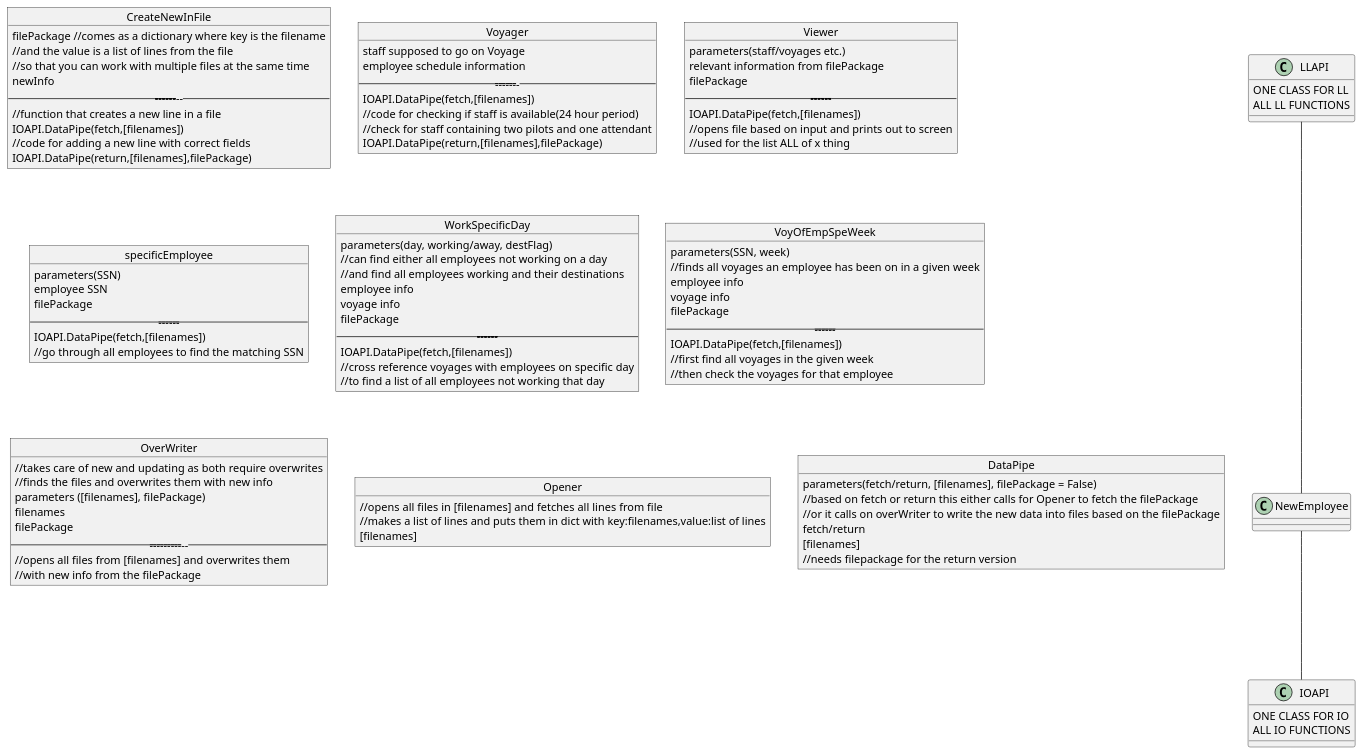
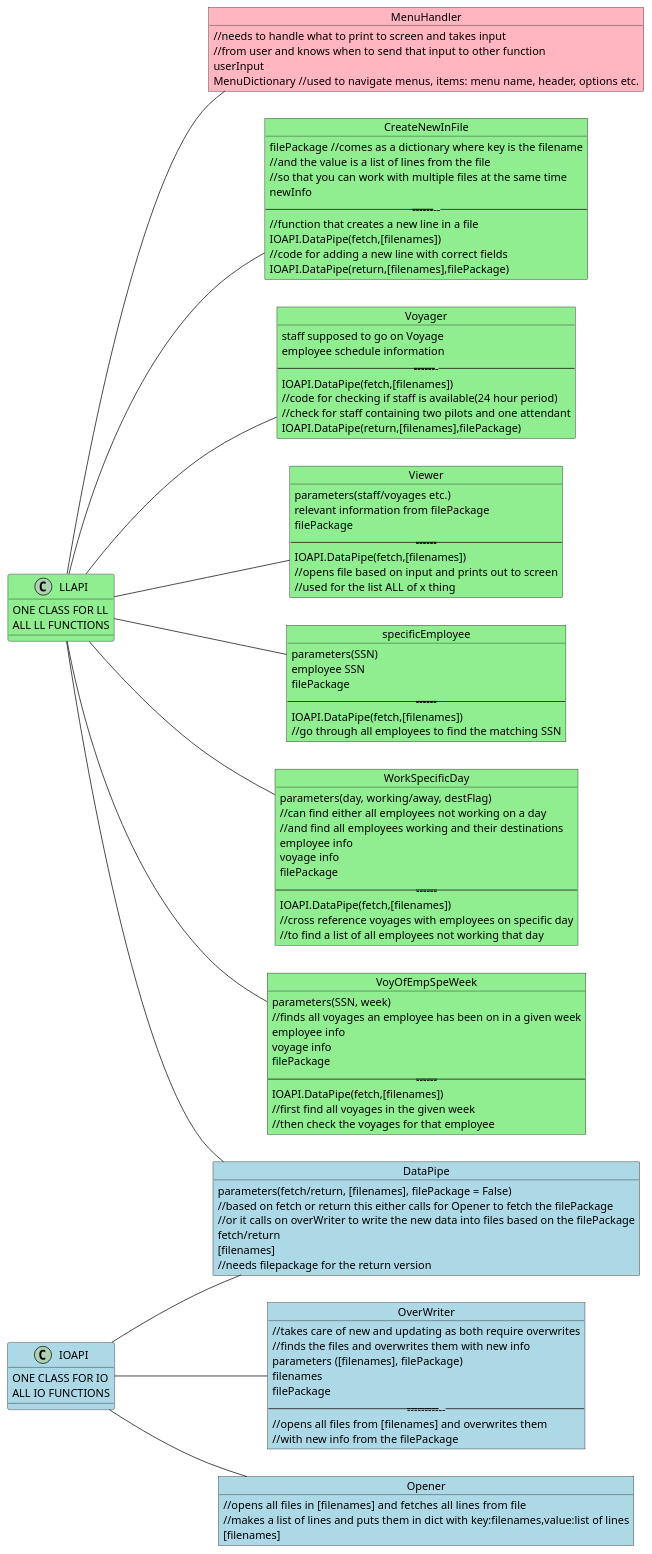
The diagram in layeredrit.wsd (MyraMidnight/VLN1_h16), drawn with PlantUML before and after one commit.

Commit message:
Layeredrit done

```diff
--- a/layeredrit.wsd
+++ b/layeredrit.wsd
@@ -3,111 +3,126 @@
 @startuml Layeredrit
 
 
 
-class LLAPI {
+class LLAPI  #LightGreen{
     ONE CLASS FOR LL
     ALL LL FUNCTIONS
 }
 
-object CreateNewInFile {
+object MenuHandler #LightPink {
+    //needs to handle what to print to screen and takes input
+    //from user and knows when to send that input to other function
+    userInput
+    MenuDictionary //used to navigate menus, items: menu name, header, options etc.
+}
+
+object CreateNewInFile  #LightGreen{
     filePackage //comes as a dictionary where key is the filename
     //and the value is a list of lines from the file
     //so that you can work with multiple files at the same time
     newInfo
     ------------------------------------
     //function that creates a new line in a file
     IOAPI.DataPipe(fetch,[filenames])
     //code for adding a new line with correct fields
     IOAPI.DataPipe(return,[filenames],filePackage)
 }
 
-object Voyager {
+object Voyager  #LightGreen{
     staff supposed to go on Voyage
     employee schedule information
     -----------------------------------
     IOAPI.DataPipe(fetch,[filenames])
     //code for checking if staff is available(24 hour period)
     //check for staff containing two pilots and one attendant
     IOAPI.DataPipe(return,[filenames],filePackage)
 }
 
-object Viewer {
+object Viewer  #LightGreen{
     parameters(staff/voyages etc.)
     relevant information from filePackage
     filePackage
     ----------------------------------
     IOAPI.DataPipe(fetch,[filenames])
     //opens file based on input and prints out to screen
     //used for the list ALL of x thing
 }
 
-object specificEmployee {
+object specificEmployee  #LightGreen{
     parameters(SSN)
     employee SSN
     filePackage
     ----------------------------------
     IOAPI.DataPipe(fetch,[filenames])
     //go through all employees to find the matching SSN
 }
 
-object WorkSpecificDay {
+object WorkSpecificDay  #LightGreen{
     parameters(day, working/away, destFlag)
     //can find either all employees not working on a day
     //and find all employees working and their destinations
     employee info
     voyage info
     filePackage
     ----------------------------------
     IOAPI.DataPipe(fetch,[filenames])
     //cross reference voyages with employees on specific day
     //to find a list of all employees not working that day
 }
 
-object VoyOfEmpSpeWeek {
+object VoyOfEmpSpeWeek #LightGreen{
     parameters(SSN, week)
     //finds all voyages an employee has been on in a given week
     employee info
     voyage info
     filePackage
     ----------------------------------
     IOAPI.DataPipe(fetch,[filenames])
     //first find all voyages in the given week
     //then check the voyages for that employee
 }
 
-class IOAPI {
+class IOAPI #LightBlue{
     ONE CLASS FOR IO
     ALL IO FUNCTIONS
 }
 
-object OverWriter {
+object OverWriter  #LightBlue{
     //takes care of new and updating as both require overwrites
     //finds the files and overwrites them with new info
     parameters ([filenames], filePackage)
     filenames
     filePackage
     ---------------------------------------------------
     //opens all files from [filenames] and overwrites them
     //with new info from the filePackage
 }
 
-object Opener {
+object Opener  #LightBlue{
     //opens all files in  [filenames] and fetches all lines from file
     //makes a list of lines and puts them in dict with key:filenames,value:list of lines
     [filenames]
 }
 
-object DataPipe {
+object DataPipe  #LightBlue{
     parameters(fetch/return, [filenames], filePackage = False)
     //based on fetch or return this either calls for Opener to fetch the filePackage
     //or it calls on overWriter to write the new data into files based on the filePackage
     fetch/return
     [filenames]
     //needs filepackage for the return version
     
 } 
-
-LLAPI --- NewEmployee
-NewEmployee --- IOAPI
-
+left to right direction
+LLAPI --- CreateNewInFile
+LLAPI --- Voyager
+LLAPI --- Viewer
+LLAPI --- specificEmployee
+LLAPI --- WorkSpecificDay
+LLAPI --- VoyOfEmpSpeWeek
+LLAPI --- MenuHandler
+IOAPI --- Opener
+IOAPI --- OverWriter
+IOAPI --- DataPipe
+LLAPI --- DataPipe
 @enduml
```
